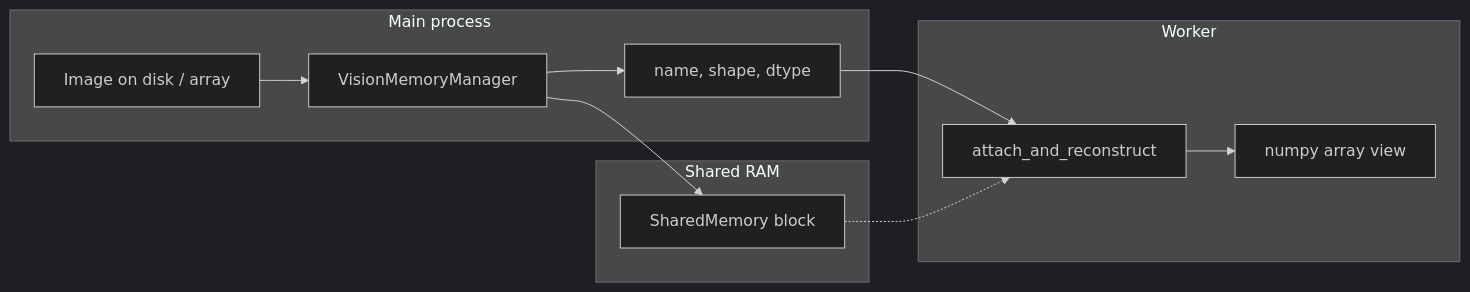
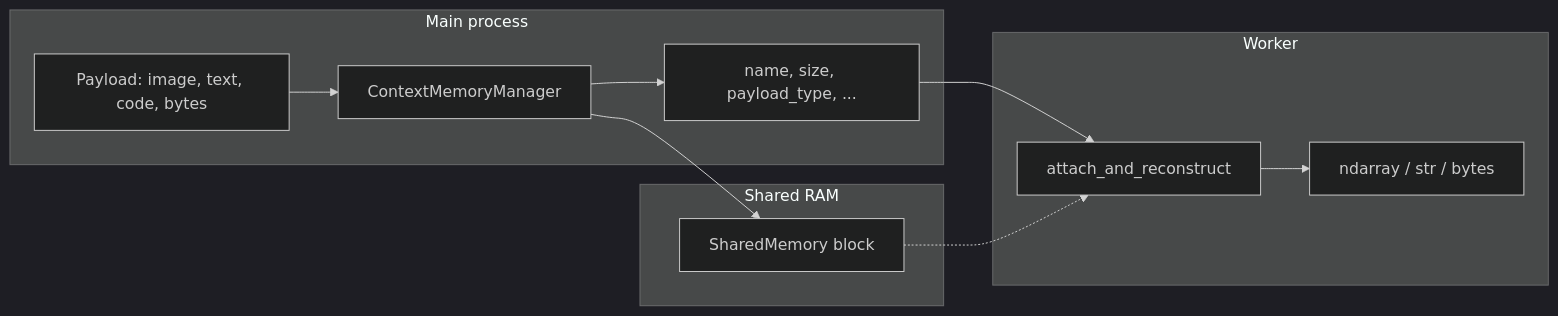
One commit to aantenore/ThreadSwarm changed the fourth of 5 diagrams in README.md. Above: the diagram before and after it, drawn with Mermaid (dark theme). The commit also changed other lines of this file and 7 other files, not shown here.

First line of the commit message:
Refactor to universal multimodal: ContextMemoryManager, heterogeneous DAG and actor pool

````diff
--- a/README.md
+++ b/README.md
@@ -132,21 +133,21 @@
 ```mermaid
 flowchart LR
     subgraph Main process
-        IMG[Image on disk / array]
-        MM[VisionMemoryManager]
-        META[name, shape, dtype]
+        PAY[Payload: image, text, code, bytes]
+        MM[ContextMemoryManager]
+        META[name, size, payload_type, ...]
     end
     subgraph "Shared RAM"
         SHM[SharedMemory block]
     end
     subgraph Worker
         ATT[attach_and_reconstruct]
-        ARR[numpy array view]
+        OUT[ndarray / str / bytes]
     end
-    IMG --> MM
+    PAY --> MM
     MM --> SHM
     MM --> META
     META --> ATT
     SHM -.-> ATT
-    ATT --> ARR
+    ATT --> OUT
 ```
````
